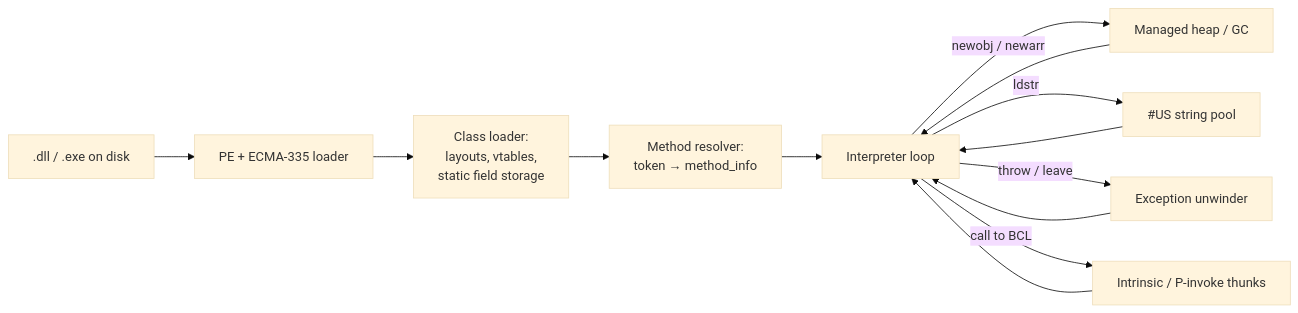
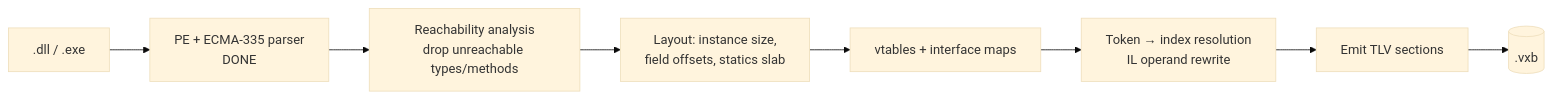
Before and after one commit to keroblabs/il_executor_vm: the second of 4 diagrams in doc/00_Introduction.md, drawn with Mermaid (base theme). The commit also changed other lines of this file and 9 other files, not shown here.

````diff
--- a/doc/00_Introduction.md
+++ b/doc/00_Introduction.md
@@ -80,15 +129,10 @@
 ```mermaid
 flowchart LR
-    A[.dll / .exe on disk] --> B[PE + ECMA-335 loader]
-    B --> C[Class loader:<br/>layouts, vtables,<br/>static field storage]
-    C --> D[Method resolver:<br/>token → method_info]
-    D --> E[Interpreter loop]
-    E -->|newobj / newarr| F[Managed heap / GC]
-    E -->|ldstr| G[#US string pool]
-    E -->|throw / leave| H[Exception unwinder]
-    E -->|call to BCL| I[Intrinsic / P-invoke thunks]
-    F --> E
-    G --> E
-    H --> E
-    I --> E
+    A[.dll / .exe] --> B[PE + ECMA-335 parser<br/>DONE]
+    B --> C[Reachability analysis<br/>drop unreachable types/methods]
+    C --> D[Layout: instance size,<br/>field offsets, statics slab]
+    D --> E[vtables + interface maps]
+    E --> F[Token → index resolution<br/>IL operand rewrite]
+    F --> G[Emit TLV sections]
+    G --> H[(.vxb)]
 ```
````
